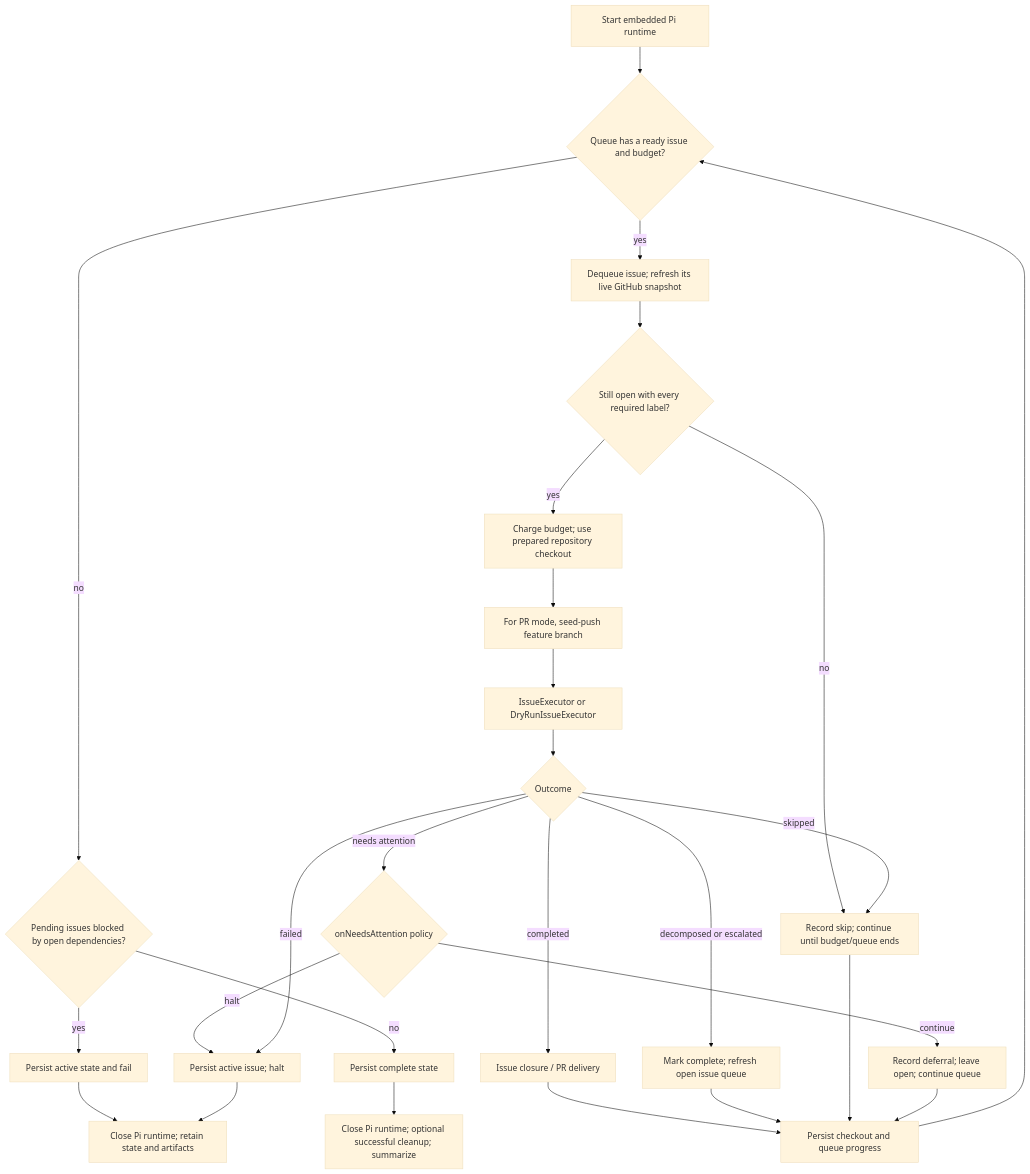
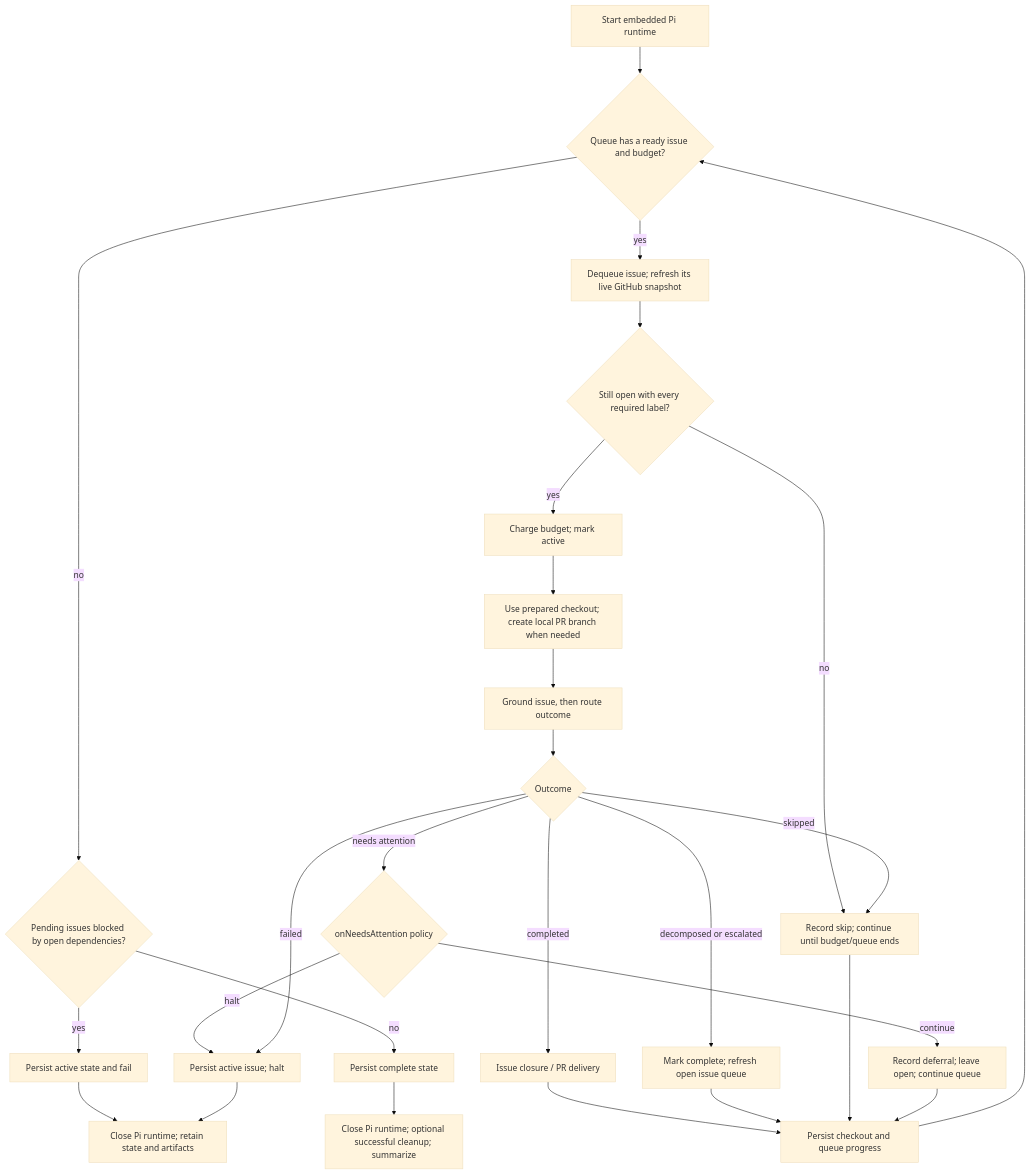
One commit to beremaran/ralphie changed the second of 6 diagrams in docs/end-to-end-execution.md. Above: the diagram before and after it, drawn with Mermaid (base theme). The commit also changed other lines of this file and 10 other files, not shown here.

````diff
--- a/docs/end-to-end-execution.md
+++ b/docs/end-to-end-execution.md
@@ -119,29 +119,29 @@
 ```mermaid
 flowchart TD
     A["Start embedded Pi runtime"] --> B{"Queue has a ready issue and budget?"}
     B -->|no| C{"Pending issues blocked by open dependencies?"}
     C -->|yes| D["Persist active state and fail"]
     C -->|no| E["Persist complete state"]
     B -->|yes| F["Dequeue issue; refresh its live GitHub snapshot"]
     F --> T{"Still open with every required label?"}
     T -->|no| M["Record durable skip; complete queue item"]
-    T -->|yes| G["Charge budget; use prepared repository checkout"]
-    G --> H["For PR mode, seed-push feature branch"]
-    H --> I["IssueExecutor or DryRunIssueExecutor"]
+    T -->|yes| G["Charge budget; mark active"]
+    G --> H["Use prepared checkout; create local PR branch when needed"]
+    H --> I["Ground issue, then route outcome"]
     I --> J{"Outcome"}
     J -->|completed| K["Issue closure / PR delivery"]
     J -->|decomposed or escalated| L["Mark complete; refresh open issue queue"]
     J -->|skipped| M["Record skip; continue until budget/queue ends"]
     J -->|needs attention| Q{"onNeedsAttention policy"}
     Q -->|continue| P["Record deferral; leave open; continue queue"]
     Q -->|halt| N["Persist active issue; handled stop"]
     J -->|failed| N["Persist active issue; halt"]
     K --> O["Persist checkout and queue progress"]
     L --> O
     M --> O
     P --> O
     O --> B
     E --> R["Close Pi runtime; optional successful cleanup; summarize"]
     D --> S["Close Pi runtime; retain state and artifacts"]
     N --> S
 ```
````
